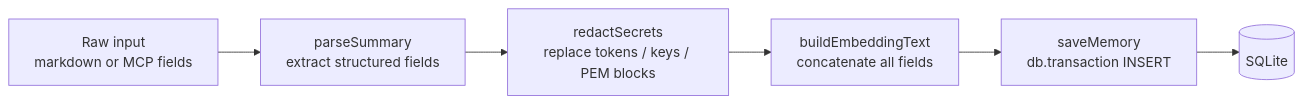
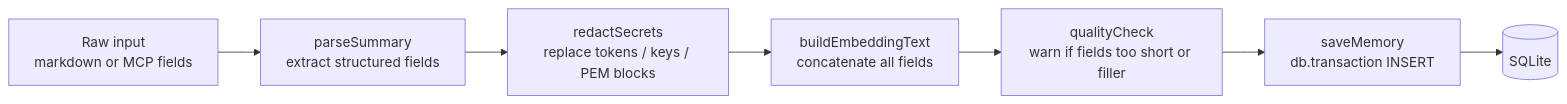
The fourth of 8 diagrams in docs/architecture.md (malinda1986/whyline), drawn with Mermaid before and after one commit. The commit also changed other lines of this file and 9 other files, not shown here.

````diff
--- a/docs/architecture.md
+++ b/docs/architecture.md
@@ -179,8 +195,9 @@
 ```mermaid
 flowchart LR
     A[Raw input\nmarkdown or MCP fields] --> B[parseSummary\nextract structured fields]
     B --> C[redactSecrets\nreplace tokens / keys / PEM blocks]
     C --> D[buildEmbeddingText\nconcatenate all fields]
-    D --> E[saveMemory\ndb.transaction INSERT]
-    E --> F[(SQLite)]
+    D --> E[qualityCheck\nwarn if fields too short or filler]
+    E --> F[saveMemory\ndb.transaction INSERT]
+    F --> G[(SQLite)]
 ```
````
